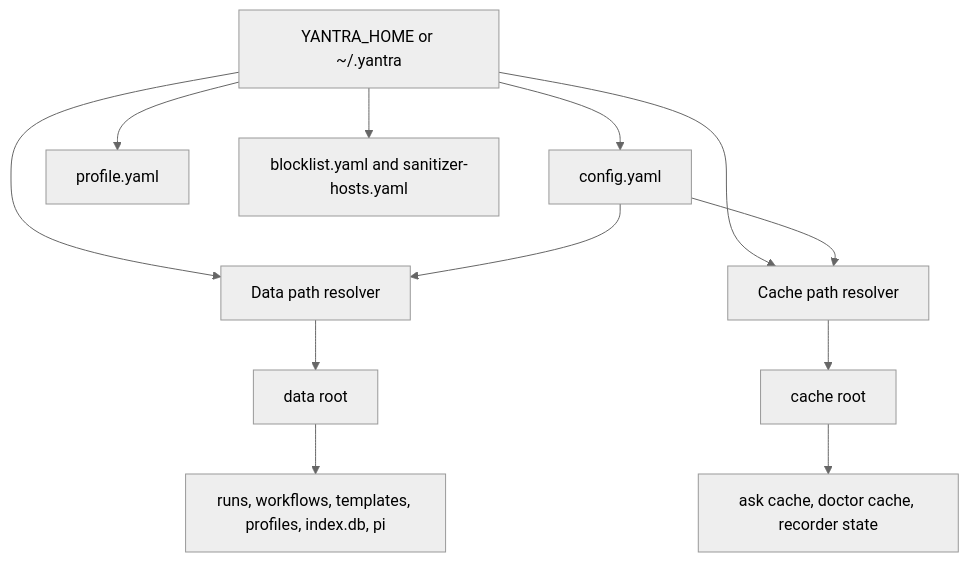
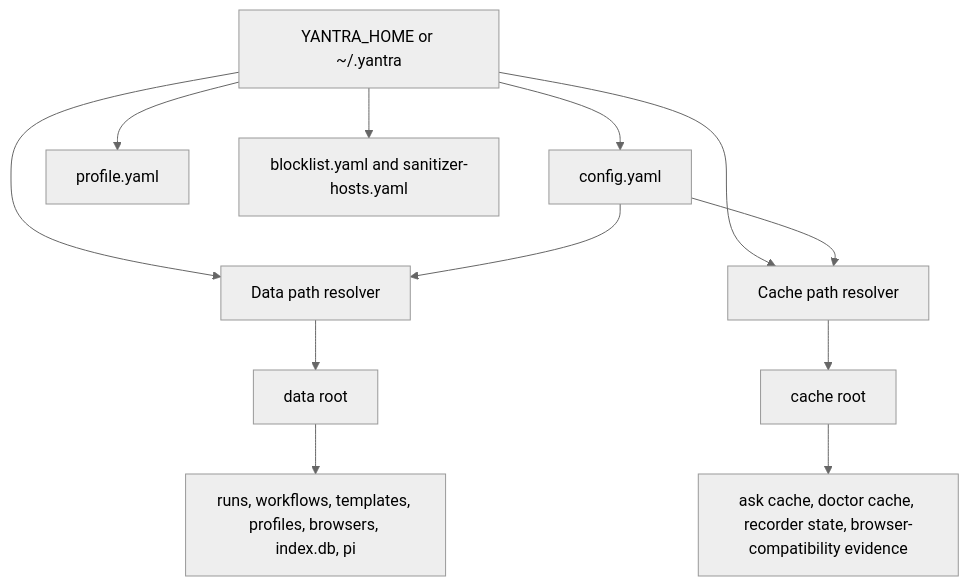
Before and after one commit to abranjith/yantra: the fourth of 17 diagrams in docs/architecture.md, drawn with Mermaid (neutral theme). The commit also changed other lines of this file and 52 other files, not shown here.

````diff
--- a/docs/architecture.md
+++ b/docs/architecture.md
@@ -126,25 +129,25 @@
 ```mermaid
 flowchart TD
   Home[YANTRA_HOME or ~/.yantra]
   Config[config.yaml]
   Profile[profile.yaml]
   Policy[blocklist.yaml and sanitizer-hosts.yaml]
   DataResolver[Data path resolver]
   CacheResolver[Cache path resolver]
   Data[data root]
   Cache[cache root]
-  Durable[runs, workflows, templates, profiles, index.db, pi]
-  Cached[ask cache, doctor cache, recorder state]
+  Durable[runs, workflows, templates, profiles, browsers, index.db, pi]
+  Cached[ask cache, doctor cache, recorder state, browser-compatibility evidence]
 
   Home --> Config
   Home --> Profile
   Home --> Policy
   Home --> DataResolver
   Home --> CacheResolver
   Config --> DataResolver
   Config --> CacheResolver
   DataResolver --> Data
   CacheResolver --> Cache
   Data --> Durable
   Cache --> Cached
 ```
````
